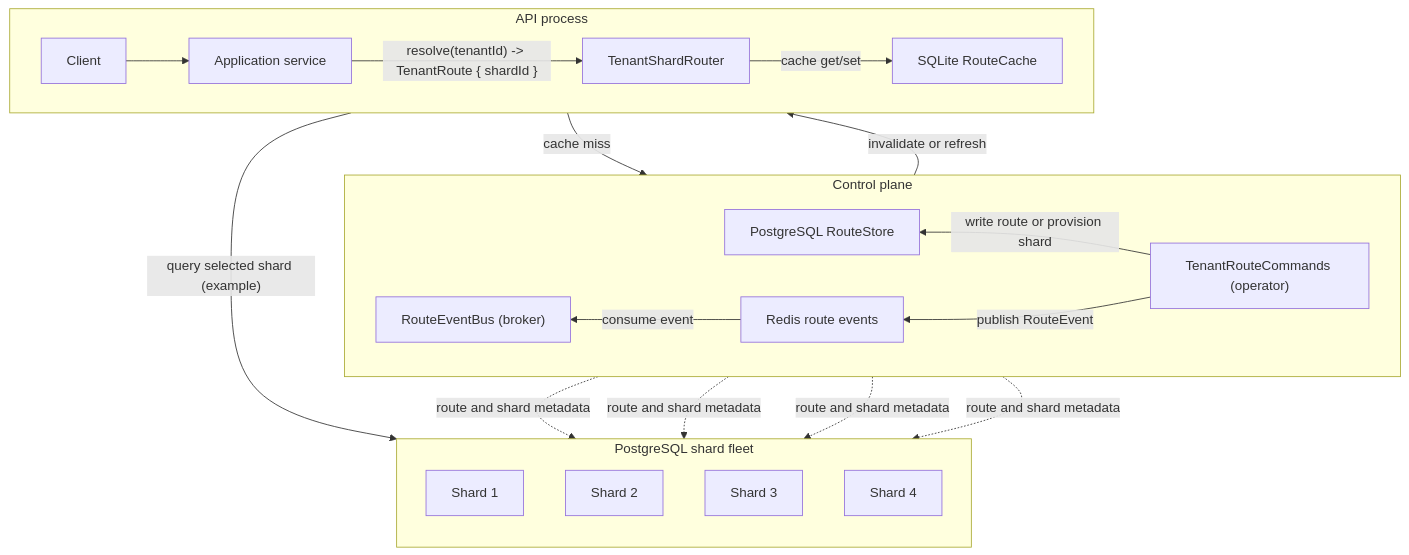
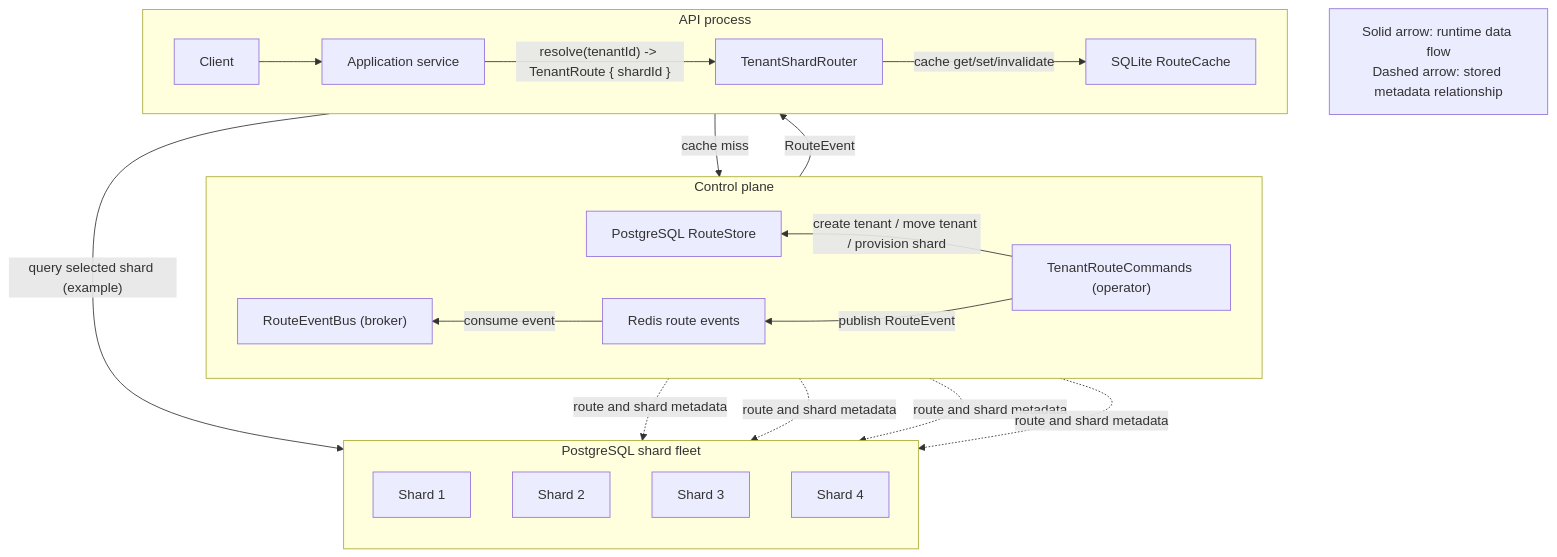
The diagram in README.md (wei-yuuuu/tenant-router), drawn with Mermaid before and after one commit.

Commit message:
docs: clarify routing diagram flows

````diff
--- a/README.md
+++ b/README.md
@@ -17,33 +17,35 @@
 ```mermaid
 flowchart TB
   subgraph ControlPlane["Control plane"]
     direction RL
-    Operator["TenantRouteCommands (operator)"] -->|"write route or provision shard"| Store["PostgreSQL RouteStore"]
+    Operator["TenantRouteCommands (operator)"] -->|"create tenant / move tenant / provision shard"| Store["PostgreSQL RouteStore"]
     Operator -->|"publish RouteEvent"| Redis["Redis route events"]
     Redis -->|"consume event"| Broker["RouteEventBus (broker)"]
   end
 
   subgraph DataPlane["API process"]
     direction LR
     Client["Client"] --> API["Application service"]
     API -->|"resolve(tenantId) -> TenantRoute { shardId }"| Router["TenantShardRouter"]
-    Router -->|"cache get/set"| Cache["SQLite RouteCache"]
+    Router -->|"cache get/set/invalidate"| Cache["SQLite RouteCache"]
     Router -->|"cache miss"| Store
   end
 
-  Broker -->|"invalidate or refresh"| Router
+  Broker -->|"RouteEvent"| Router
 
   subgraph ShardFleet["PostgreSQL shard fleet"]
     direction TB
     Shard1["Shard 1"]
     Shard2["Shard 2"]
     Shard3["Shard 3"]
     Shard4["Shard 4"]
   end
 
   Store -. "route and shard metadata" .-> Shard1
   Store -. "route and shard metadata" .-> Shard2
   Store -. "route and shard metadata" .-> Shard3
   Store -. "route and shard metadata" .-> Shard4
   API -->|"query selected shard (example)"| Shard2
+
+  Legend["Solid arrow: runtime data flow<br/>Dashed arrow: stored metadata relationship"]
 ```
````
